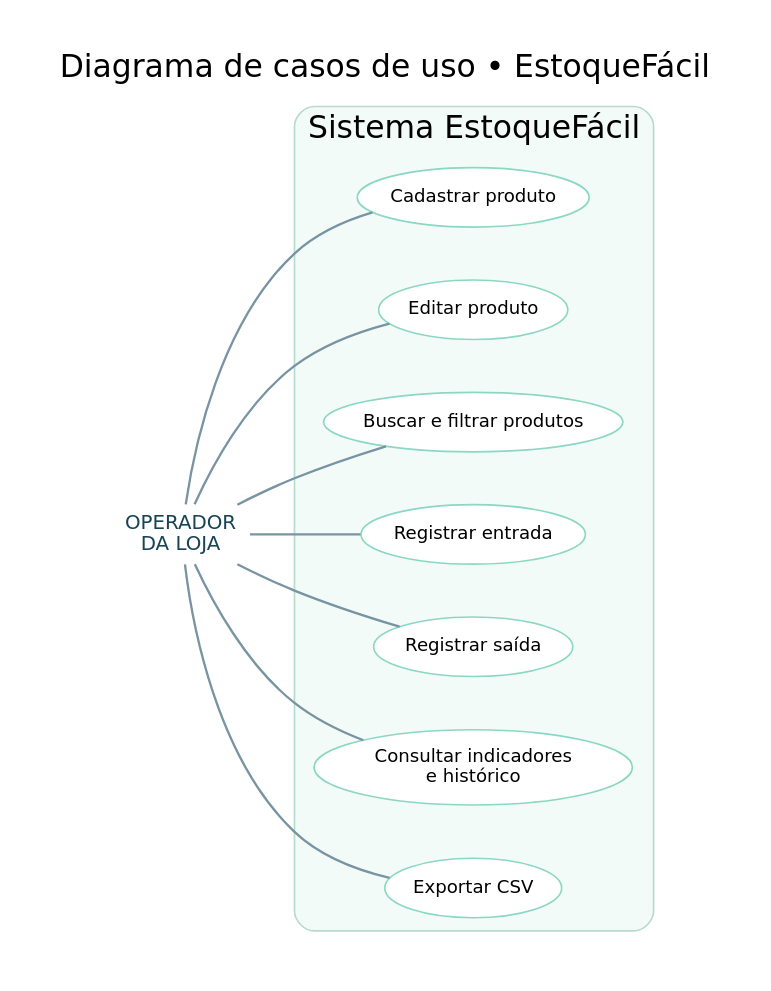
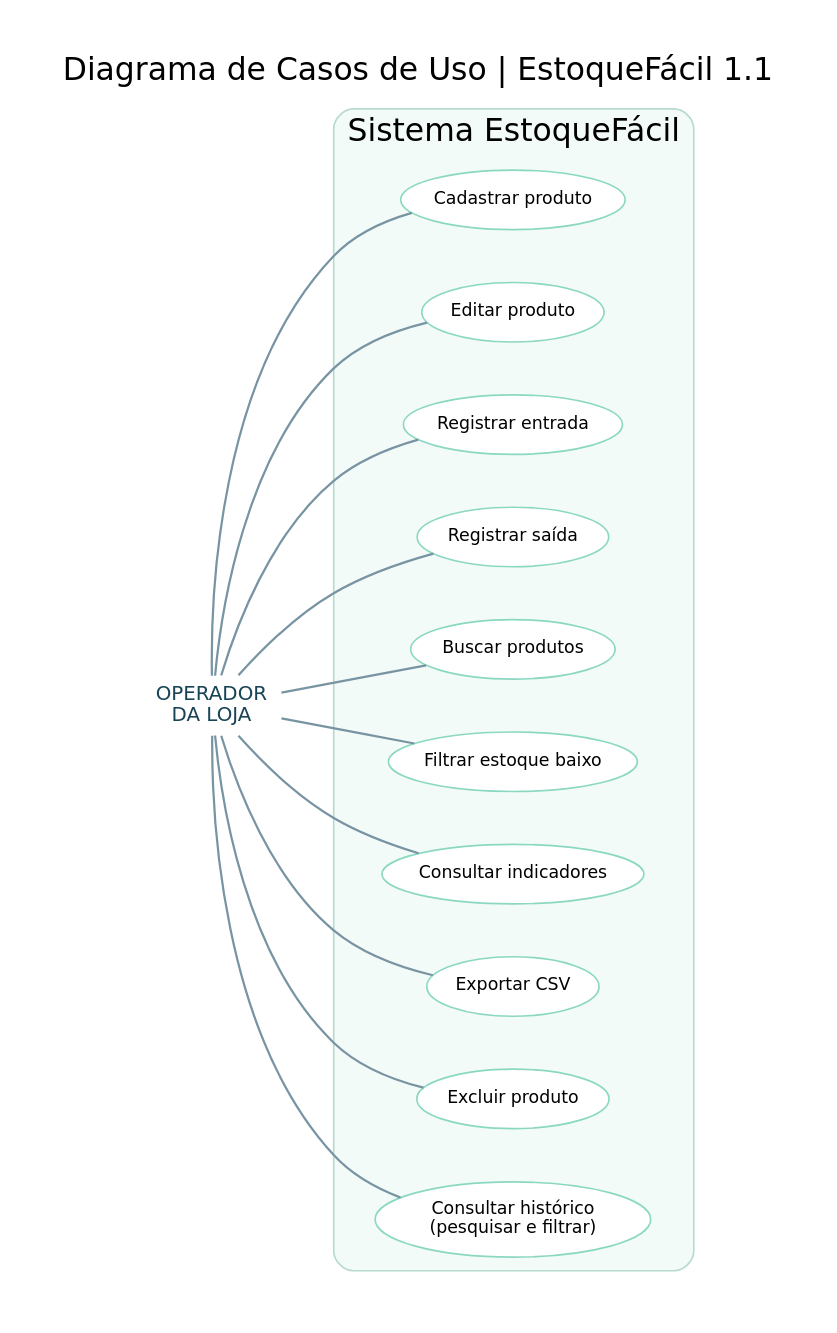
The diagram in docs/casos_de_uso.dot (Josecarlos3052/Estoque-facil), drawn with Graphviz before and after one commit. The commit also changed 9 other files, not shown here.

```diff
--- a/docs/casos_de_uso.dot
+++ b/docs/casos_de_uso.dot
@@ -1,16 +1,21 @@
 digraph UseCases {
- graph [label="Diagrama de casos de uso • EstoqueFácil", labelloc=t, fontsize=19, fontname="DejaVu Sans", bgcolor="white", ranksep=.48, nodesep=.45, pad=.28];
+ graph [label="Diagrama de Casos de Uso | EstoqueFácil 1.1",labelloc=t,fontsize=19,fontname="DejaVu Sans",bgcolor="white",ranksep=.55,nodesep=.45,pad=.3];
  rankdir=LR;
- node [fontname="DejaVu Sans",fontsize=11]; edge [color="#7894a3", penwidth=1.4];
+ node [fontname="DejaVu Sans",fontsize=10.5];
+ edge [color="#7894a3",penwidth=1.35];
  operador [shape=plaintext,label="OPERADOR\nDA LOJA",fontcolor="#184456",fontsize=12];
- subgraph cluster_system {label="Sistema EstoqueFácil"; fontname="DejaVu Sans";style="rounded"; color="#b7dacf";fillcolor="#f3fbf8"; bgcolor="#f3fbf8";
- cadastrar [label="Cadastrar produto",shape=ellipse,style=filled,fillcolor="white",color="#8bd8c2"];
- editar [label="Editar produto",shape=ellipse,style=filled,fillcolor="white",color="#8bd8c2"];
- listar [label="Buscar e filtrar produtos",shape=ellipse,style=filled,fillcolor="white",color="#8bd8c2"];
- entrada [label="Registrar entrada",shape=ellipse,style=filled,fillcolor="white",color="#8bd8c2"];
- saida [label="Registrar saída",shape=ellipse,style=filled,fillcolor="white",color="#8bd8c2"];
- consultar [label="Consultar indicadores\ne histórico",shape=ellipse,style=filled,fillcolor="white",color="#8bd8c2"];
- exportar [label="Exportar CSV",shape=ellipse,style=filled,fillcolor="white",color="#8bd8c2"];
+ subgraph cluster_system {
+  label="Sistema EstoqueFácil";fontname="DejaVu Sans";style="rounded";color="#b7dacf";fillcolor="#f3fbf8";bgcolor="#f3fbf8";
+  cadastrar [label="Cadastrar produto",shape=ellipse,style=filled,fillcolor="white",color="#8bd8c2"];
+  editar [label="Editar produto",shape=ellipse,style=filled,fillcolor="white",color="#8bd8c2"];
+  entrada [label="Registrar entrada",shape=ellipse,style=filled,fillcolor="white",color="#8bd8c2"];
+  saida [label="Registrar saída",shape=ellipse,style=filled,fillcolor="white",color="#8bd8c2"];
+  buscar [label="Buscar produtos",shape=ellipse,style=filled,fillcolor="white",color="#8bd8c2"];
+  baixo [label="Filtrar estoque baixo",shape=ellipse,style=filled,fillcolor="white",color="#8bd8c2"];
+  indicadores [label="Consultar indicadores",shape=ellipse,style=filled,fillcolor="white",color="#8bd8c2"];
+  csv [label="Exportar CSV",shape=ellipse,style=filled,fillcolor="white",color="#8bd8c2"];
+  excluir [label="Excluir produto",shape=ellipse,style=filled,fillcolor="white",color="#8bd8c2"];
+  historico [label="Consultar histórico\n(pesquisar e filtrar)",shape=ellipse,style=filled,fillcolor="white",color="#8bd8c2"];
  }
- operador -> {cadastrar editar listar entrada saida consultar exportar} [arrowhead=none];
+ operador -> {cadastrar editar entrada saida buscar baixo indicadores csv excluir historico} [arrowhead=none];
 }
```
